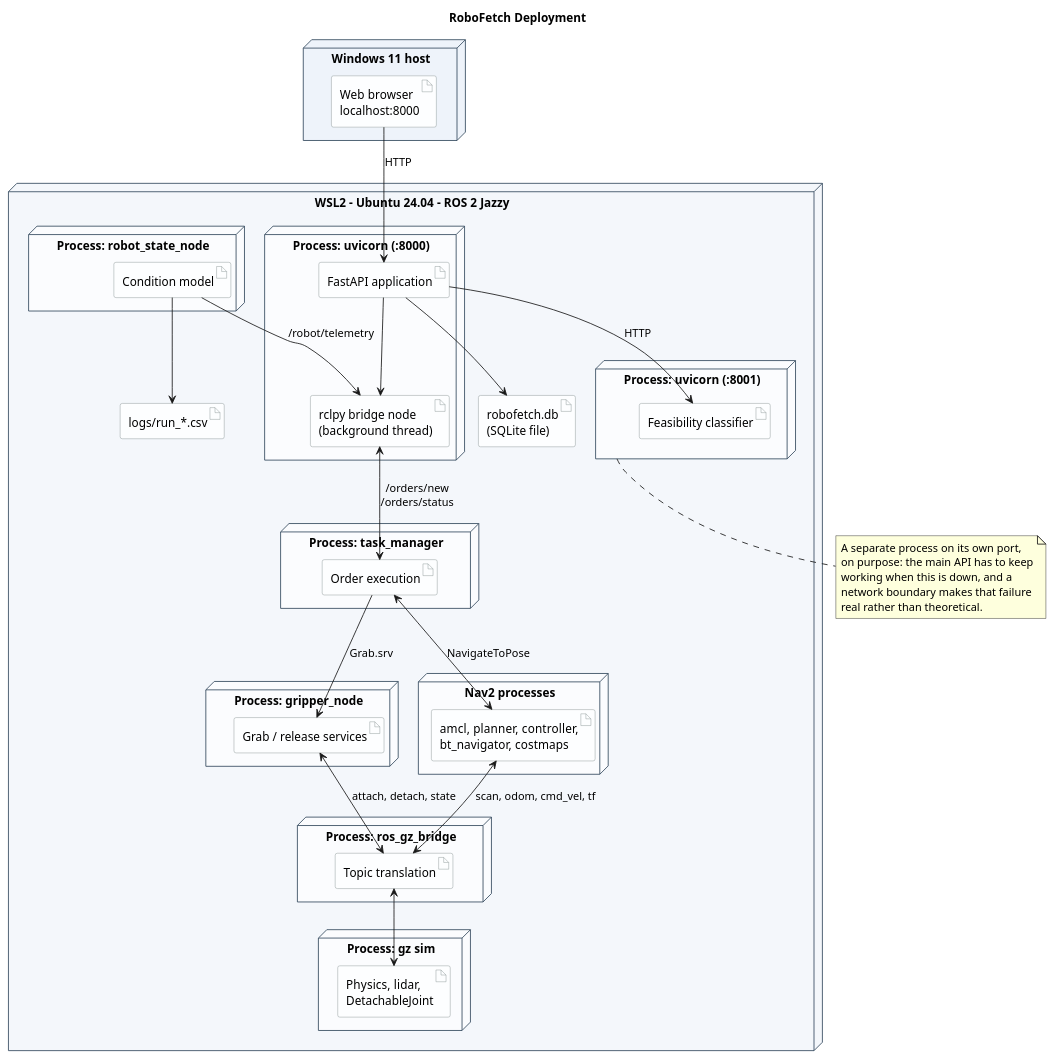
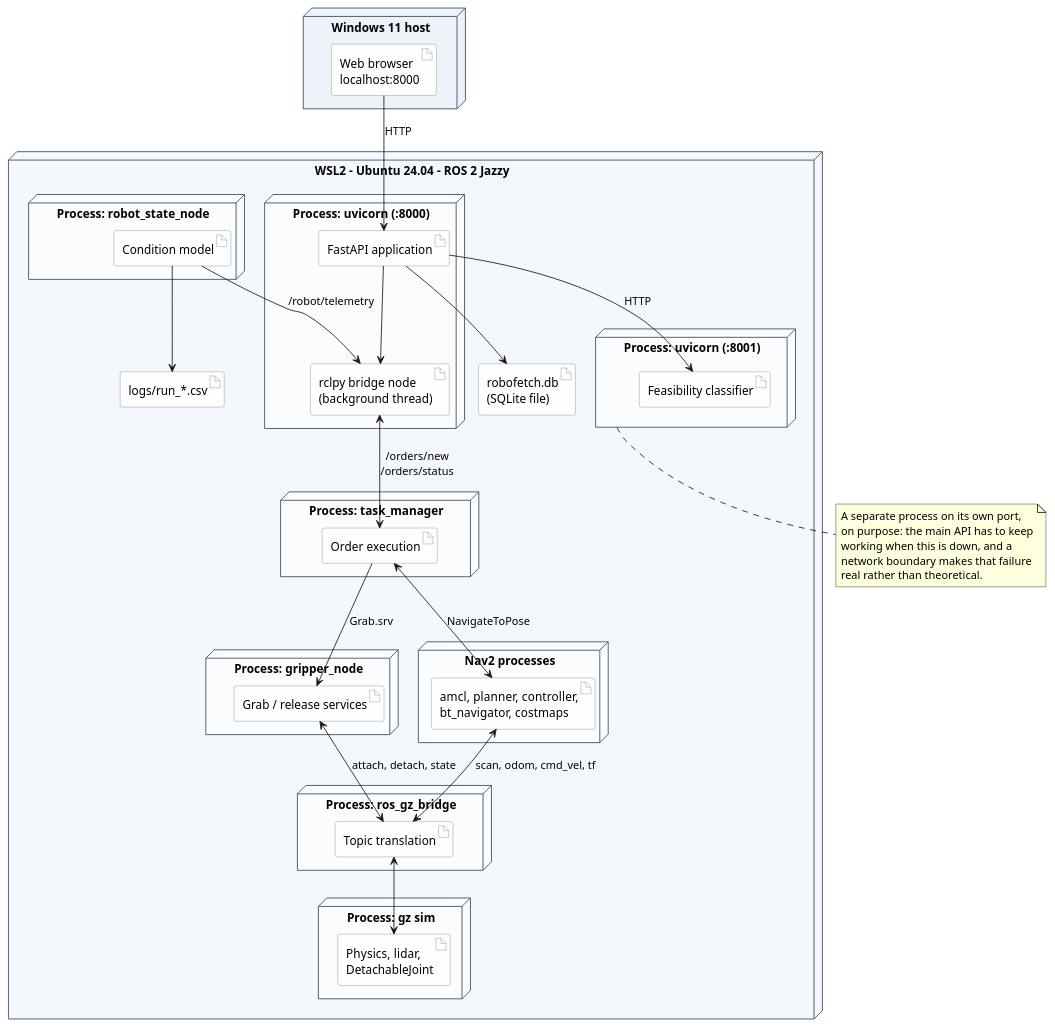
The diagram in report/uml/09-deployment.puml (ArianShafagh/robofetch), drawn with PlantUML before and after one commit. The commit also changed 24 other files, not shown here.

First line of the commit message:
Diagrams: drop the titles and the prose, explain them in the report instead

```diff
--- a/report/uml/09-deployment.puml
+++ b/report/uml/09-deployment.puml
@@ -7,79 +7,78 @@
 @startuml
 skinparam backgroundColor White
 skinparam shadowing false
 skinparam node {
   BackgroundColor #FBFCFE
   BorderColor #34495E
 }
 skinparam artifact {
   BackgroundColor #FDFEFF
   BorderColor #7F8C8D
 }
 
-title RoboFetch Deployment
 
 node "Windows 11 host" #EEF3FA {
   artifact "Web browser\nlocalhost:8000" as BROWSER
 }
 
 node "WSL2 - Ubuntu 24.04 - ROS 2 Jazzy" #F4F7FB {
 
   node "Process: uvicorn (:8000)" as P1 {
     artifact "FastAPI application" as APP
     artifact "rclpy bridge node\n(background thread)" as LINK
   }
 
   node "Process: uvicorn (:8001)" as P2 {
     artifact "Feasibility classifier" as AI
   }
 
   node "Process: task_manager" as P3 {
     artifact "Order execution" as TM
   }
 
   node "Process: robot_state_node" as P4 {
     artifact "Condition model" as RSN
   }
 
   node "Process: gripper_node" as P5 {
     artifact "Grab / release services" as GN
   }
 
   node "Nav2 processes" as P6 {
     artifact "amcl, planner, controller,\nbt_navigator, costmaps" as NAV
   }
 
   node "Process: gz sim" as P7 {
     artifact "Physics, lidar,\nDetachableJoint" as GZ
   }
 
   node "Process: ros_gz_bridge" as P8 {
     artifact "Topic translation" as BRIDGE
   }
 
   artifact "robofetch.db\n(SQLite file)" as DBFILE
   artifact "logs/run_*.csv" as LOGS
 }
 
 BROWSER --> APP : HTTP
 APP --> DBFILE
 APP --> AI : HTTP
 APP --> LINK
 LINK <--> TM : /orders/new\n/orders/status
 RSN --> LINK : /robot/telemetry
 RSN --> LOGS
 TM <--> NAV : NavigateToPose
 TM --> GN : Grab.srv
 NAV <--> BRIDGE : scan, odom, cmd_vel, tf
 GN <--> BRIDGE : attach, detach, state
 BRIDGE <--> GZ
 
 note bottom of P2
   A separate process on its own port,
   on purpose: the main API has to keep
   working when this is down, and a
   network boundary makes that failure
   real rather than theoretical.
 end note
 
 @enduml
```
